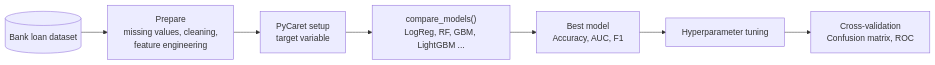
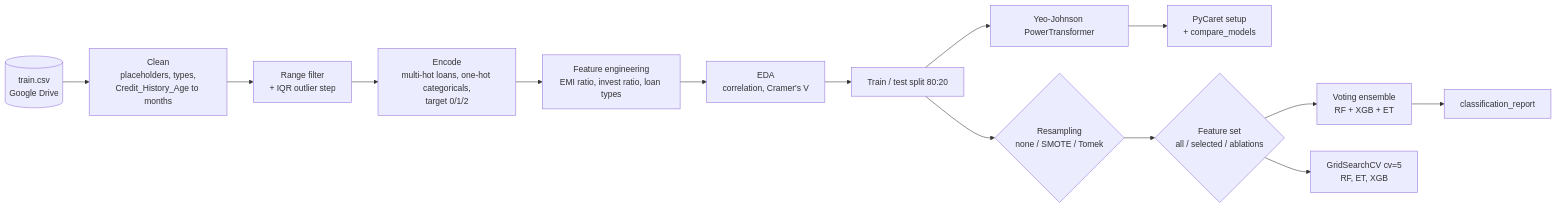
One commit to Dxrksvng/Credit-bank changed the first of 2 diagrams in README.md. Above: the diagram before and after it, drawn with Mermaid. The commit also changed other lines of this file, not shown here.

Commit message:
docs: rewrite README with architecture, flows and tech stack (#2)

````diff
--- a/README.md
+++ b/README.md
@@ -19,9 +69,16 @@
 ```mermaid
 flowchart LR
-    D[("Bank loan dataset")] --> P["Prepare\nmissing values, cleaning,\nfeature engineering"]
-    P --> S["PyCaret setup\ntarget variable"]
-    S --> C["compare_models()\nLogReg, RF, GBM, LightGBM ..."]
-    C --> B["Best model\nAccuracy, AUC, F1"]
-    B --> T["Hyperparameter tuning"]
-    T --> E["Cross-validation\nConfusion matrix, ROC"]
+    D[("train.csv\nGoogle Drive")] --> C["Clean\nplaceholders, types,\nCredit_History_Age to months"]
+    C --> R["Range filter\n+ IQR outlier step"]
+    R --> E["Encode\nmulti-hot loans, one-hot categoricals,\ntarget 0/1/2"]
+    E --> F["Feature engineering\nEMI ratio, invest ratio, loan types"]
+    F --> X["EDA\ncorrelation, Cramer's V"]
+    X --> SP["Train / test split 80:20"]
+    SP --> PT["Yeo-Johnson PowerTransformer"]
+    PT --> PC["PyCaret setup\n+ compare_models"]
+    SP --> RS{"Resampling\nnone / SMOTE / Tomek"}
+    RS --> FS{"Feature set\nall / selected / ablations"}
+    FS --> VE["Voting ensemble\nRF + XGB + ET"]
+    VE --> RP["classification_report"]
+    FS --> GS["GridSearchCV cv=5\nRF, ET, XGB"]
 ```
````
